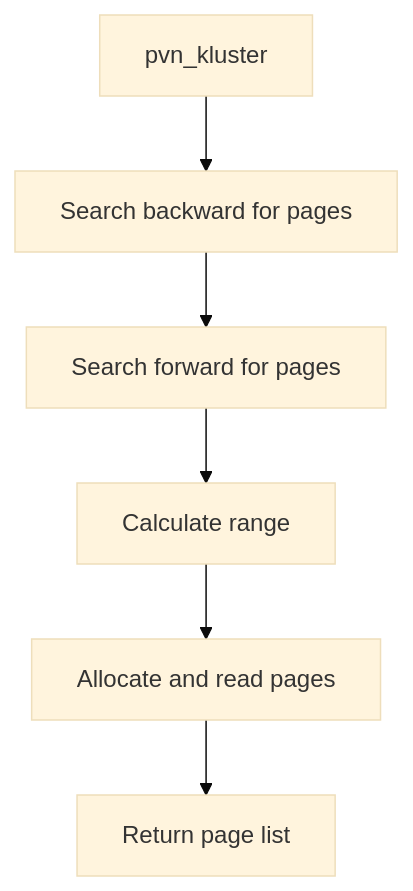
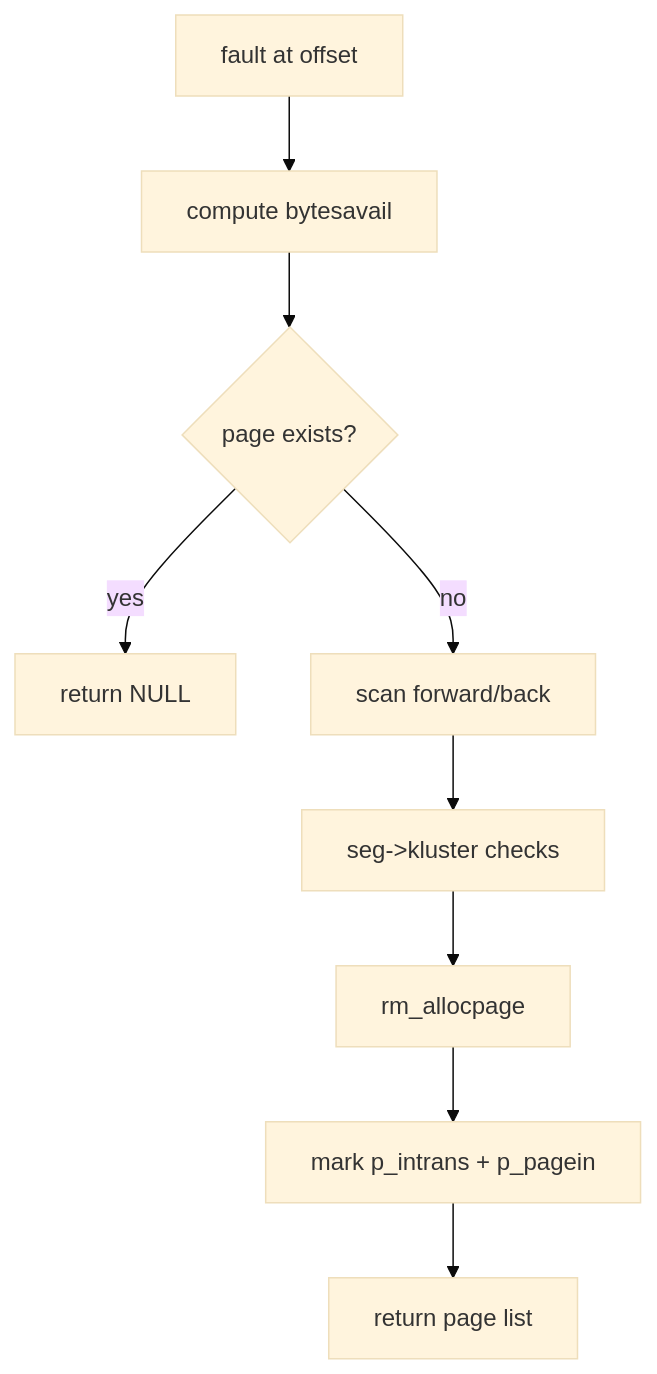
Before and after one commit to macsplit/unix_doc: the diagram in diagrams/2.10-pvn-kluster.mmd, drawn with Mermaid (base theme). The commit also changed 105 other files, not shown here.

Commit message:
added new charts and fleshed out remaining chapters

```diff
--- a/diagrams/2.10-pvn-kluster.mmd
+++ b/diagrams/2.10-pvn-kluster.mmd
@@ -1,6 +1,9 @@
 graph TD
-    A[pvn_kluster] --> B[Search backward for pages]
-    B --> C[Search forward for pages]
-    C --> D[Calculate range]
-    D --> E[Allocate and read pages]
-    E --> F[Return page list]
+    A[fault at offset] --> B[compute bytesavail]
+    B --> C{page exists?}
+    C -->|yes| D[return NULL]
+    C -->|no| E[scan forward/back]
+    E --> F[seg->kluster checks]
+    F --> G[rm_allocpage]
+    G --> H[mark p_intrans + p_pagein]
+    H --> I[return page list]
```
